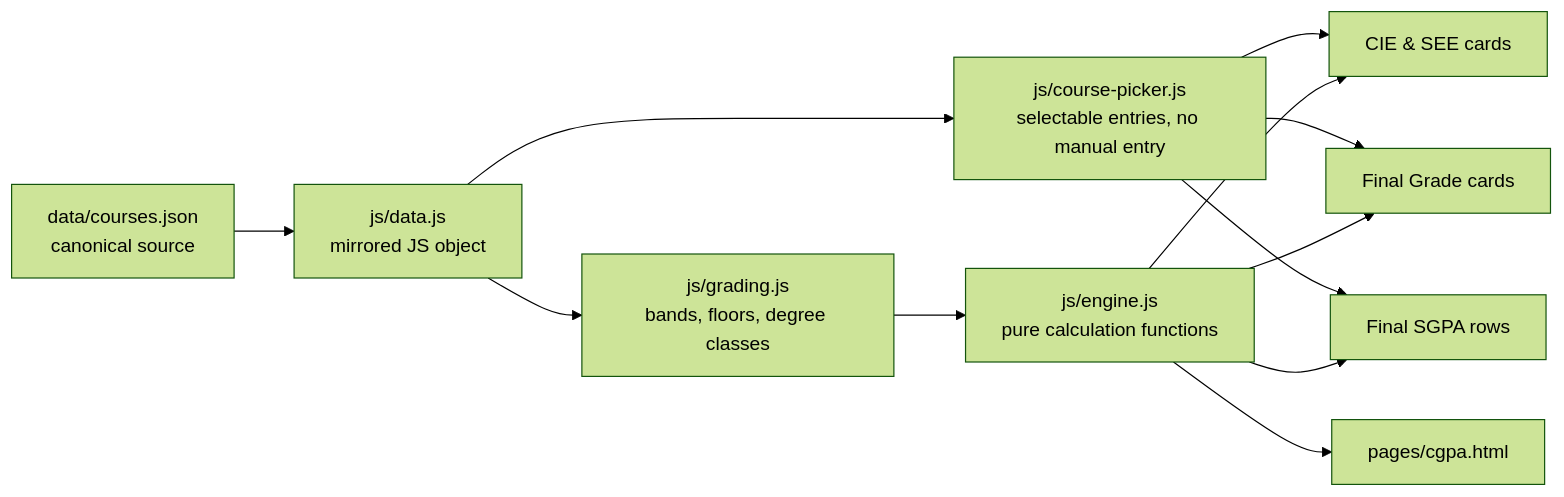
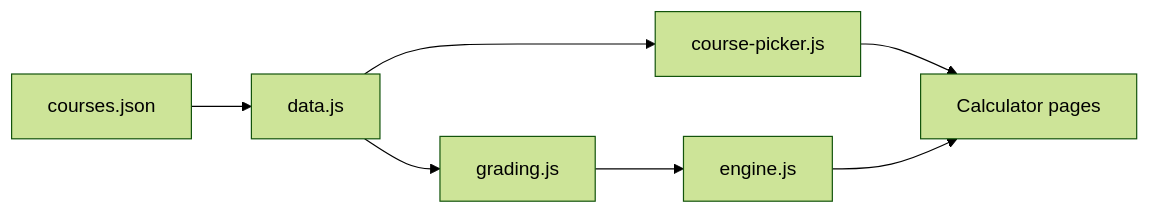
Before and after one commit to Rajlohith/rvce-mca-grade-calculator: the second of 2 diagrams in README.md, drawn with Mermaid (forest theme). The commit also changed other lines of this file and 22 other files, not shown here.

````diff
--- a/README.md
+++ b/README.md
@@ -127,14 +125,10 @@
 ```mermaid
 flowchart LR
-    A["data/courses.json<br/>canonical source"] --> B["js/data.js<br/>mirrored JS object"]
-    B --> C["js/course-picker.js<br/>selectable entries, no manual entry"]
-    C --> D["CIE & SEE cards"]
-    C --> E["Final Grade cards"]
-    C --> F["Final SGPA rows"]
-    B --> G["js/grading.js<br/>bands, floors, degree classes"]
-    G --> H["js/engine.js<br/>pure calculation functions"]
-    H --> D
-    H --> E
-    H --> F
-    H --> I["pages/cgpa.html"]
+    Json["courses.json"] --> Data["data.js"]
+    Data --> Picker["course-picker.js"]
+    Data --> Grading["grading.js"]
+
+    Grading --> Engine["engine.js"]
+    Picker --> Pages["Calculator pages"]
+    Engine --> Pages
 ```
````
